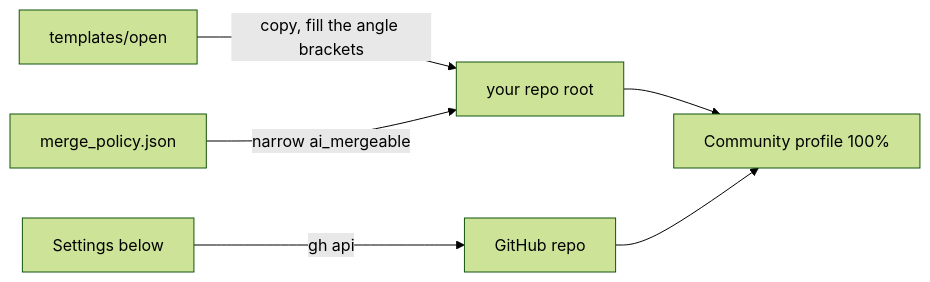
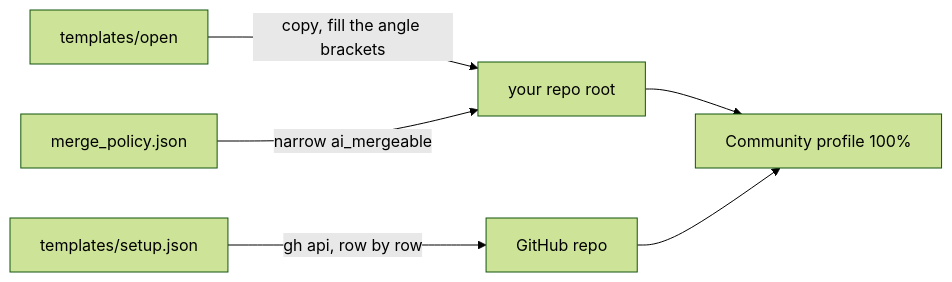
One commit to SoulCraft-Org/git-crafter changed the diagram in templates/open/README.md. Above: the diagram before and after it, drawn with Mermaid (forest theme). The commit also changed other lines of this file and 2 other files, not shown here.

First line of the commit message:
Setup list: templates/setup.json and tools/apply_setup.mjs set a repo's GitHub switches (#104)

````diff
--- a/templates/open/README.md
+++ b/templates/open/README.md
@@ -5,8 +5,8 @@
 ```mermaid
 flowchart LR
   T[templates/open] -->|copy, fill the angle brackets| R[your repo root]
   P[merge_policy.json] -->|narrow ai_mergeable| R
-  S[Settings below] -->|gh api| G[GitHub repo]
+  S[templates/setup.json] -->|gh api, row by row| G[GitHub repo]
   R --> C[Community profile 100%]
   G --> C
 ```
````
